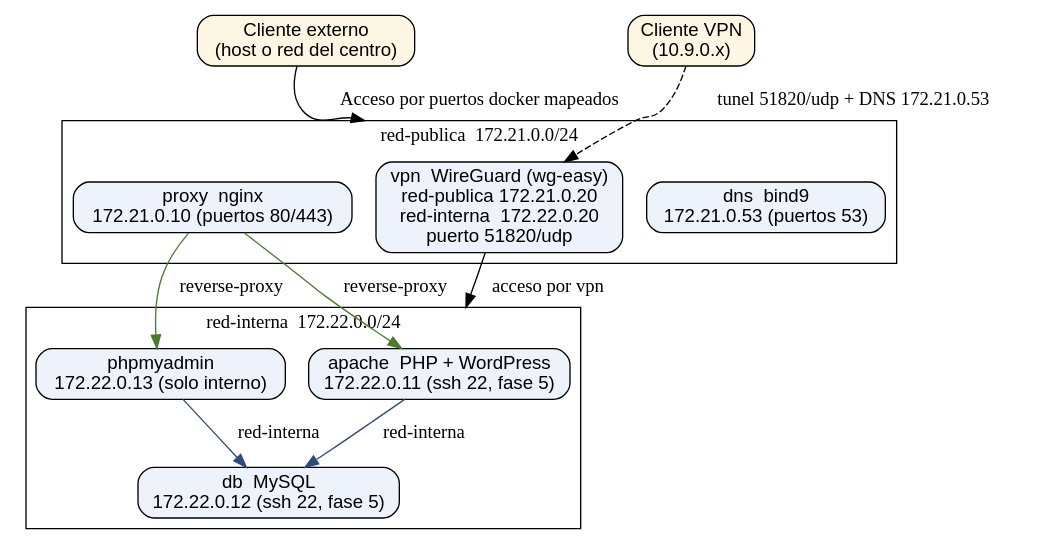
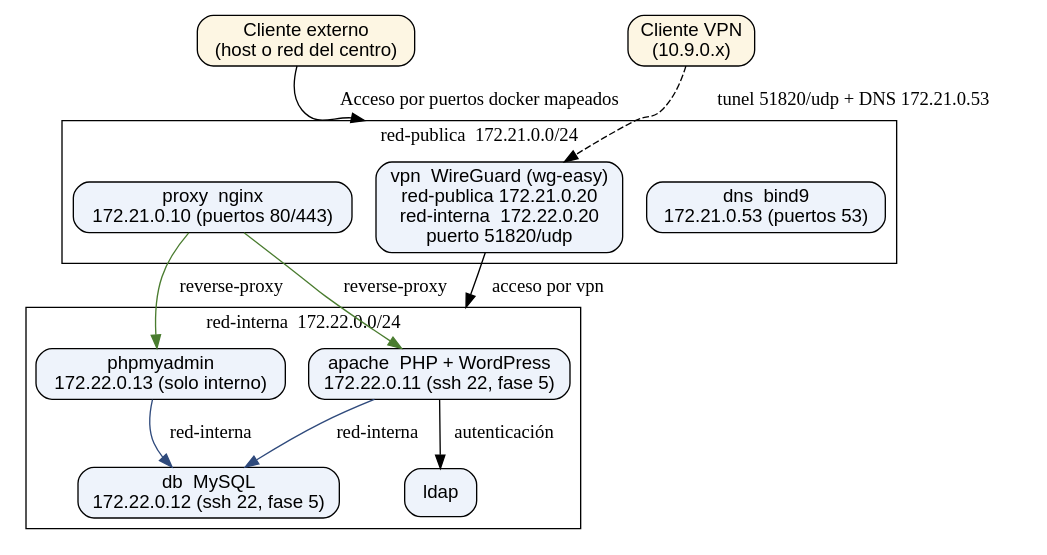
One commit to alvarogonzalezsotillo/apuntes-clase changed the diagram in proyecto-asir/proyecto-asir.org. Above: the diagram before and after it, drawn with Graphviz. The commit also changed other lines of this file and 8 other files, not shown here.

```diff
--- a/proyecto-asir/proyecto-asir.org
+++ b/proyecto-asir/proyecto-asir.org
@@ -18,44 +18,47 @@
 #+begin_src dot :file ./media/arquitectura.svg :exports results :cmdline -Tsvg
 digraph arquitectura {
 
   compound=true;
   rankdir="TR";
   node  [shape=box, style="rounded, filled", fillcolor="#eef3fb", fontname="sans-serif"];
 
   cliente_ext [label="Cliente externo\n(host o red del centro)", fillcolor="#fdf6e3"];
   vpn_client  [label="Cliente VPN\n(10.9.0.x)", fillcolor="#fdf6e3"];
 
   subgraph cluster_publica {
     label="red-publica  172.21.0.0/24";
     dns   [label="dns  bind9\n172.21.0.53 (puertos 53)"];
     proxy [label="proxy  nginx\n172.21.0.10 (puertos 80/443)"];
     vpn [label="vpn  WireGuard (wg-easy)\nred-publica 172.21.0.20\nred-interna  172.22.0.20\npuerto 51820/udp"];
   }
 
   subgraph cluster_interna {
     label="red-interna  172.22.0.0/24";
     apache [label="apache  PHP + WordPress\n172.22.0.11 (ssh 22, fase 5)"];
     db     [label="db  MySQL\n172.22.0.12 (ssh 22, fase 5)"];
     pma    [label="phpmyadmin\n172.22.0.13 (solo interno)"];
+    ldap ;
   }
 
 
   vpn_client -> vpn [label=" tunel 51820/udp + DNS 172.21.0.53", style=dashed];
 
   // cliente_ext -> proxy [label=" http://www.asir.test\n http://pma.asir.test"];
   // cliente_ext -> dns   [label=" consultas DNS"];
   // cliente_ext -> vpn   [label=" tunel VPN (fase 5)", style=dashed];
   cliente_ext -> vpn [label="Acceso por puertos docker mapeados" lhead="cluster_publica"]
 
   proxy -> apache [label=" reverse-proxy", color="#4a7c2f"];
   proxy -> pma    [label=" reverse-proxy", color="#4a7c2f"];
 
+  apache -> ldap [label="autenticación"];
+
   apache -> db [label=" red-interna", color="#2f4a7c"];
   pma    -> db [label=" red-interna", color="#2f4a7c"];
 
   vpn -> apache [label="acceso por vpn",  lhead=cluster_interna]
   // vpn -> pma;
   // vpn -> apache;
   // vpn -> db;
 }
 #+end_src
```
